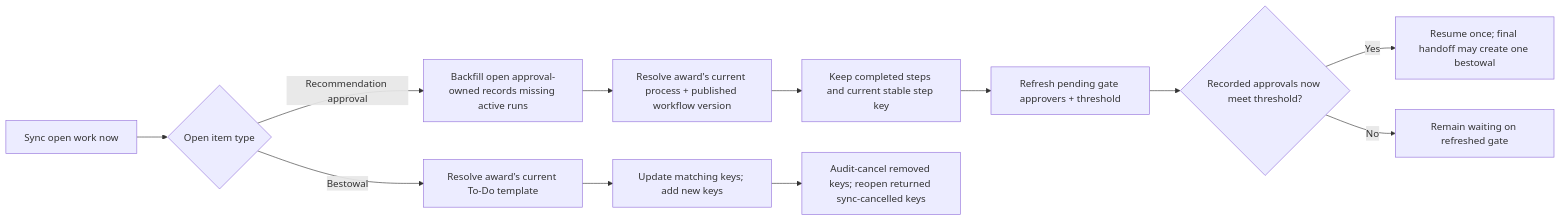
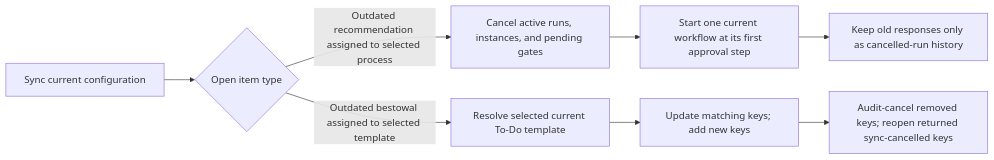
Before and after one commit to Ansteorra/KMP: the sixth of 7 diagrams in app/docs/awards-recommendation-bestowal-workflow-diagrams.md, drawn with Mermaid. The commit also changed other lines of this file and 38 other files, not shown here.

````diff
--- a/app/docs/awards-recommendation-bestowal-workflow-diagrams.md
+++ b/app/docs/awards-recommendation-bestowal-workflow-diagrams.md
@@ -120,14 +121,10 @@
 ```mermaid
 flowchart LR
-    A["Sync open work now"] --> B{"Open item type"}
-    B -- "Recommendation approval" --> C0["Backfill open approval-owned records missing active runs"]
-    C0 --> C["Resolve award's current process + published workflow version"]
-    C --> D["Keep completed steps and current stable step key"]
-    D --> E["Refresh pending gate approvers + threshold"]
-    E --> F{"Recorded approvals now meet threshold?"}
-    F -- "Yes" --> G["Resume once; final handoff may create one bestowal"]
-    F -- "No" --> H["Remain waiting on refreshed gate"]
-    B -- "Bestowal" --> I["Resolve award's current To-Do template"]
+    A["Sync current configuration"] --> B{"Open item type"}
+    B -- "Outdated recommendation assigned to selected process" --> C["Cancel active runs, instances, and pending gates"]
+    C --> D["Start one current workflow at its first approval step"]
+    D --> E["Keep old responses only as cancelled-run history"]
+    B -- "Outdated bestowal assigned to selected template" --> I["Resolve selected current To-Do template"]
     I --> J["Update matching keys; add new keys"]
     J --> K["Audit-cancel removed keys; reopen returned sync-cancelled keys"]
 ```
````
